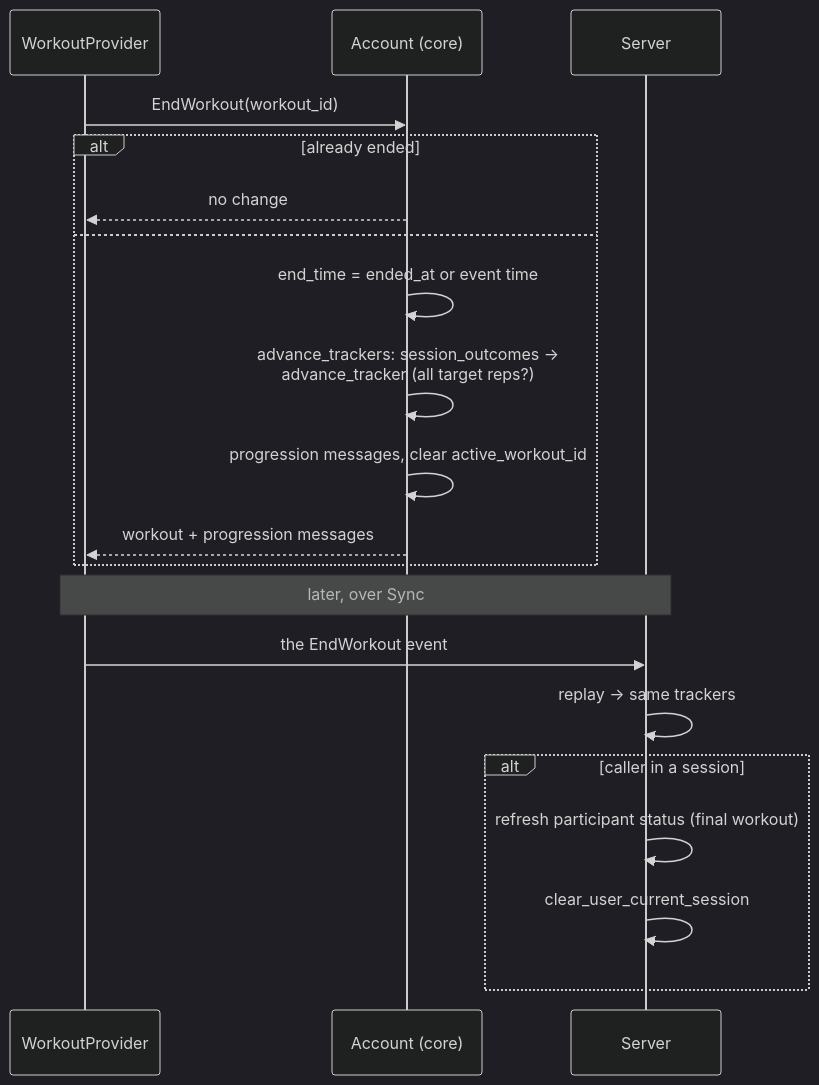
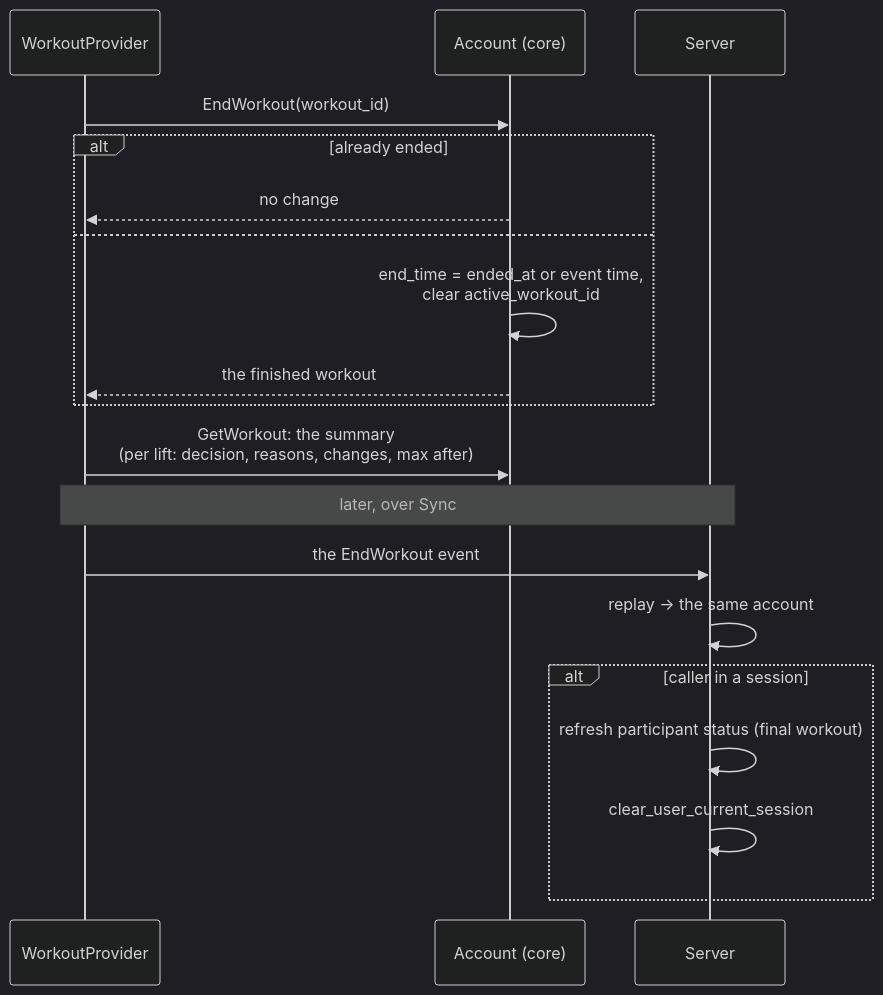
The seventh of 7 diagrams in docs/architecture/workout-lifecycle.md (brensch/lift), drawn with Mermaid (dark theme) before and after one commit. The commit also changed other lines of this file and 160 other files, not shown here.

````diff
--- a/docs/architecture/workout-lifecycle.md
+++ b/docs/architecture/workout-lifecycle.md
@@ -233,23 +499,22 @@
 ```mermaid
 sequenceDiagram
     participant App as WorkoutProvider
     participant A as Account (core)
     participant S as Server
 
     App->>A: EndWorkout(workout_id)
     alt already ended
         A-->>App: no change
     else
-        A->>A: end_time = ended_at or event time
-        A->>A: advance_trackers: session_outcomes →<br/>advance_tracker (all target reps?)
-        A->>A: progression messages, clear active_workout_id
-        A-->>App: workout + progression messages
+        A->>A: end_time = ended_at or event time,<br/>clear active_workout_id
+        A-->>App: the finished workout
     end
+    App->>A: GetWorkout: the summary<br/>(per lift: decision, reasons, changes, max after)
     Note over App,S: later, over Sync
     App->>S: the EndWorkout event
-    S->>S: replay → same trackers
+    S->>S: replay → the same account
     alt caller in a session
         S->>S: refresh participant status (final workout)
         S->>S: clear_user_current_session
     end
 ```
````
